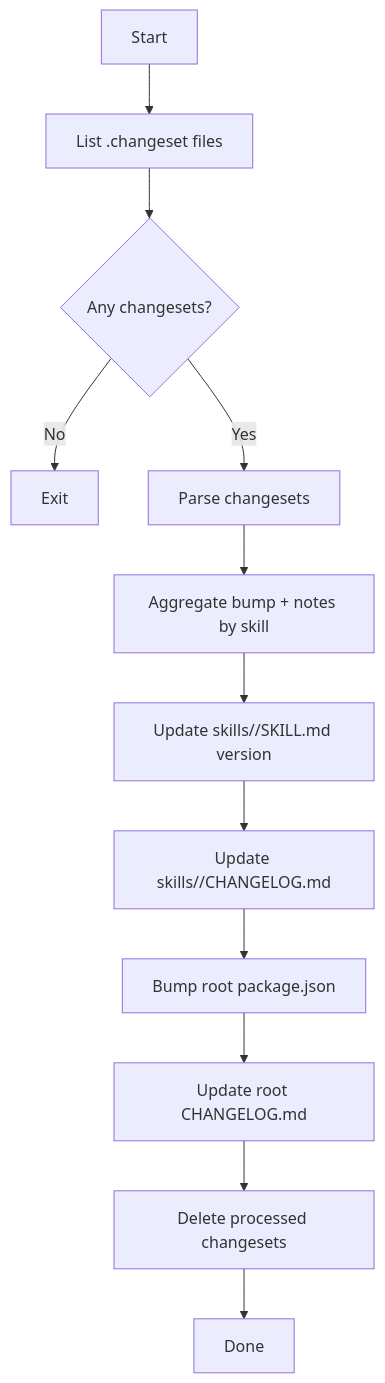
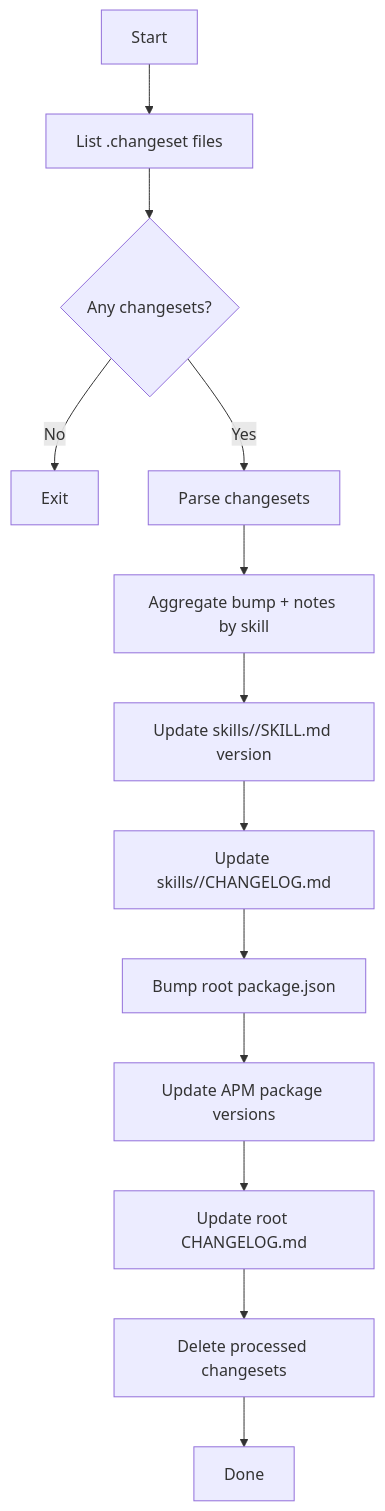
Before and after one commit to equinor/fusion-skills: the diagram in scripts/release-prepare/README.md, drawn with Mermaid. The commit also changed other lines of this file and 20 other files, not shown here.

````diff
--- a/scripts/release-prepare/README.md
+++ b/scripts/release-prepare/README.md
@@ -15,14 +16,15 @@
 ```mermaid
 flowchart TD
   A[Start] --> B[List .changeset files]
   B --> C{Any changesets?}
   C -- No --> D[Exit]
   C -- Yes --> E[Parse changesets]
   E --> F[Aggregate bump + notes by skill]
   F --> G[Update skills/<skill>/SKILL.md version]
   G --> H[Update skills/<skill>/CHANGELOG.md]
   H --> I[Bump root package.json]
-  I --> J[Update root CHANGELOG.md]
-  J --> K[Delete processed changesets]
-  K --> L[Done]
+  I --> J[Update APM package versions]
+  J --> K[Update root CHANGELOG.md]
+  K --> L[Delete processed changesets]
+  L --> M[Done]
 ```
````
